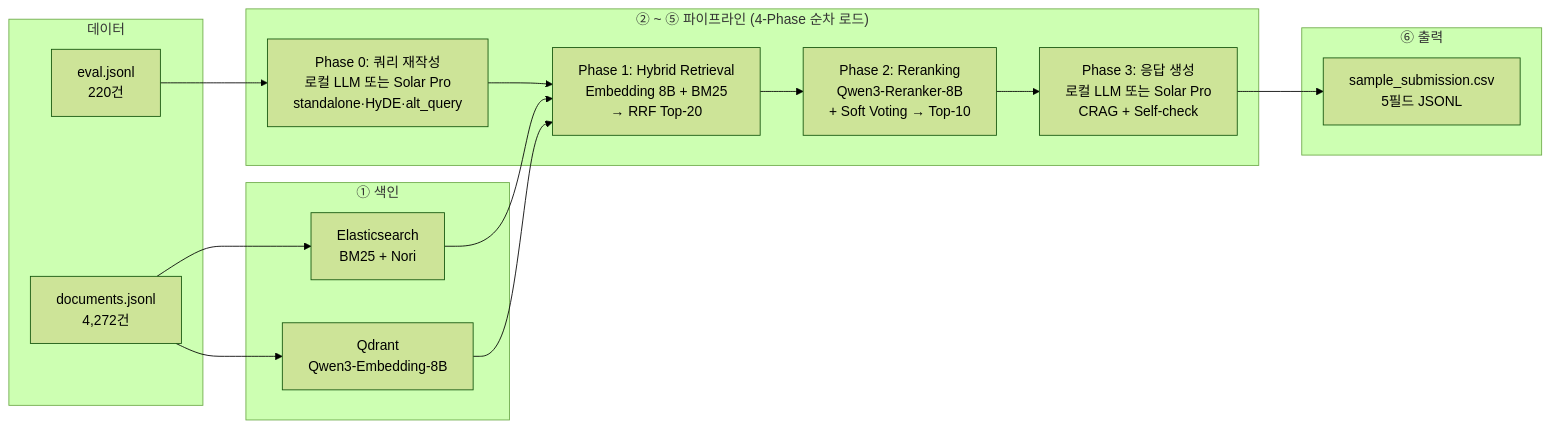
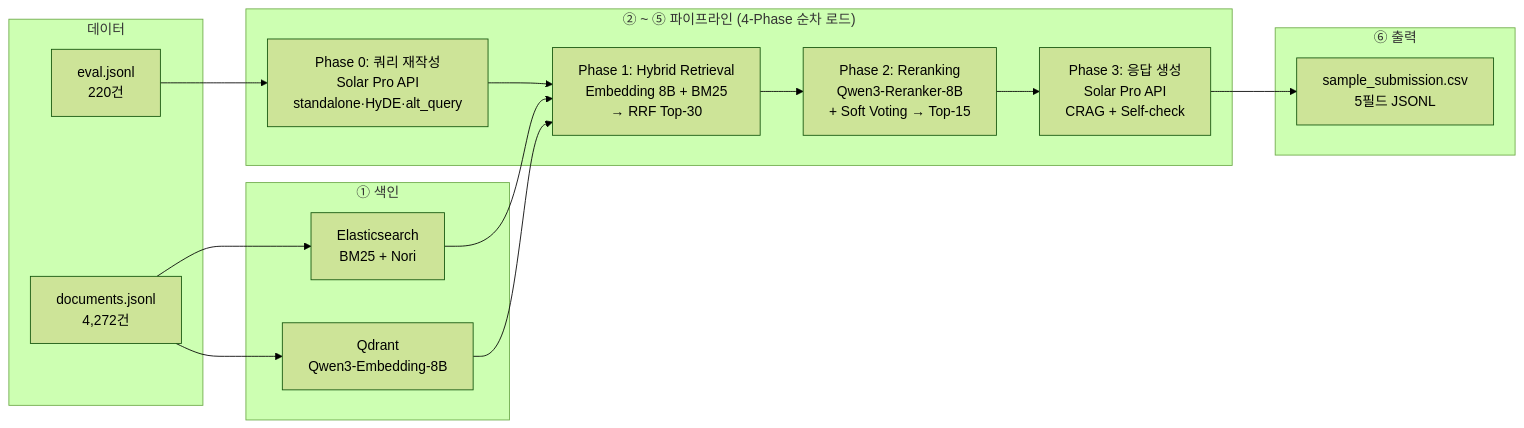
One commit to WanYoung-Oh/IR_PJT changed the diagram in README.md. Above: the diagram before and after it, drawn with Mermaid (forest theme). The commit also changed other lines of this file and 5 other files, not shown here.

````diff
--- a/README.md
+++ b/README.md
@@ -20,27 +22,27 @@
 ```mermaid
 flowchart LR
     subgraph data ["데이터"]
         D1["documents.jsonl<br>4,272건"]
         D2["eval.jsonl<br>220건"]
     end
 
     subgraph index ["① 색인"]
         ES["Elasticsearch<br>BM25 + Nori"]
         QD["Qdrant<br>Qwen3-Embedding-8B"]
     end
 
     subgraph pipeline ["② ~ ⑤ 파이프라인 (4-Phase 순차 로드)"]
-        QP["Phase 0: 쿼리 재작성<br>로컬 LLM 또는 Solar Pro<br>standalone·HyDE·alt_query"]
-        RET["Phase 1: Hybrid Retrieval<br>Embedding 8B + BM25<br>→ RRF Top-20"]
-        RNK["Phase 2: Reranking<br>Qwen3-Reranker-8B<br>+ Soft Voting → Top-10"]
-        GEN["Phase 3: 응답 생성<br>로컬 LLM 또는 Solar Pro<br>CRAG + Self-check"]
+        QP["Phase 0: 쿼리 재작성<br>Solar Pro API<br>standalone·HyDE·alt_query"]
+        RET["Phase 1: Hybrid Retrieval<br>Embedding 8B + BM25<br>→ RRF Top-30"]
+        RNK["Phase 2: Reranking<br>Qwen3-Reranker-8B<br>+ Soft Voting → Top-15"]
+        GEN["Phase 3: 응답 생성<br>Solar Pro API<br>CRAG + Self-check"]
     end
 
     subgraph out ["⑥ 출력"]
         SUB["sample_submission.csv<br>5필드 JSONL"]
     end
 
     D1 --> ES & QD
     D2 --> QP --> RET
     ES & QD --> RET --> RNK --> GEN --> SUB
 ```
````
